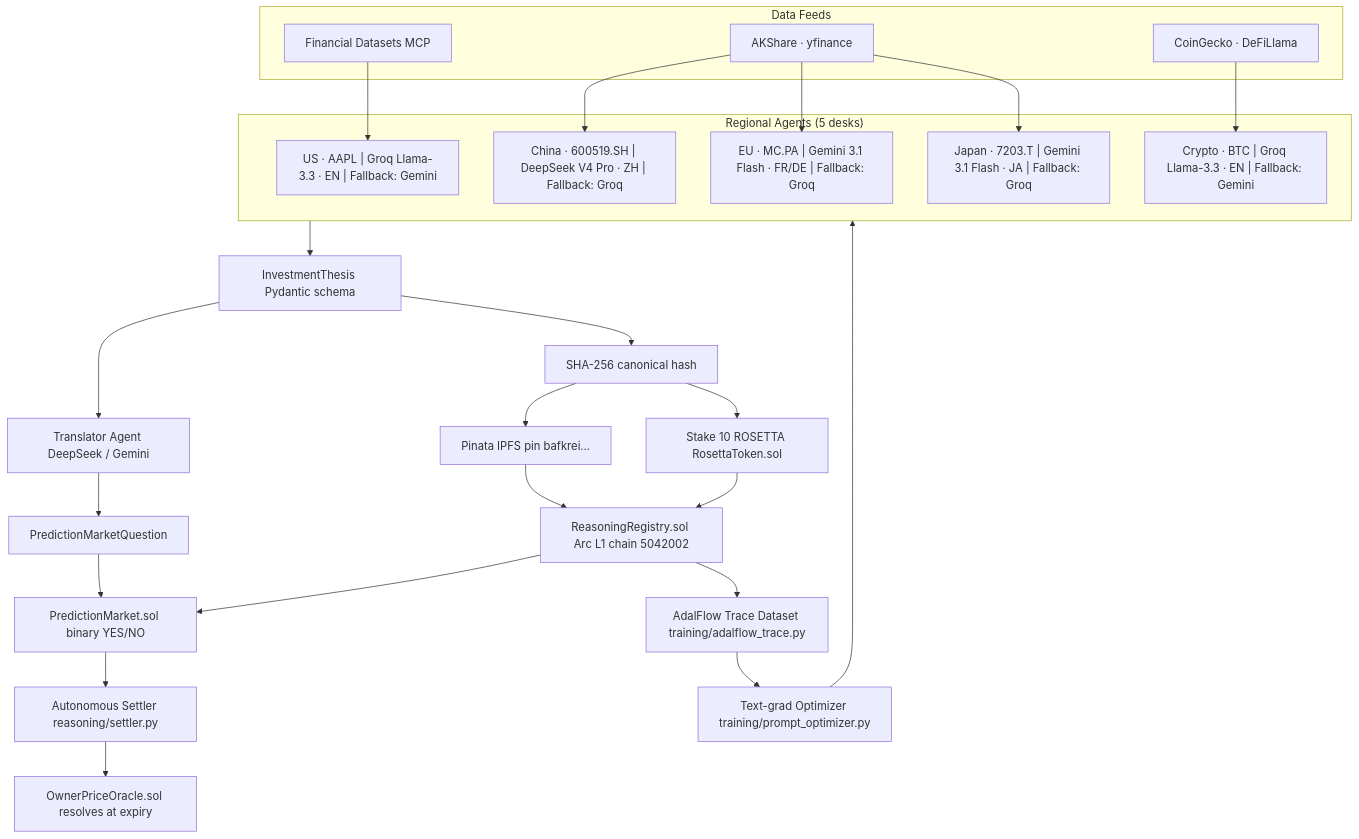
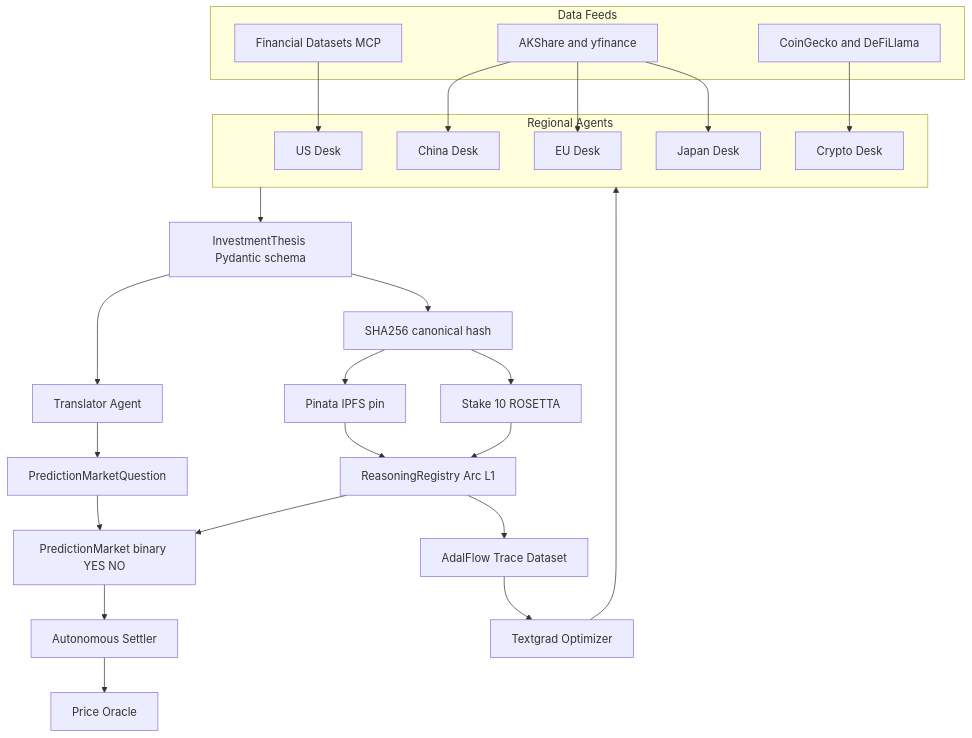
One commit to Mihai-Codes/rosetta-alpha changed the first of 2 diagrams in README.md. Above: the diagram before and after it, drawn with Mermaid. The commit also changed other lines of this file, not shown here.

Commit message:
fix: apply maximum compatibility patch to mermaid diagrams
- Remove dots, slashes, and pipe characters from node labels
- Remove nested parentheses
- Ensure clean code block spacing

````diff
--- a/README.md
+++ b/README.md
@@ -80,41 +80,41 @@
 ```mermaid
 flowchart TD
-    subgraph Agents["Regional Agents (5 desks)"]
-        US["US · AAPL | Groq Llama-3.3 · EN | Fallback: Gemini"]
-        CN["China · 600519.SH | DeepSeek V4 Pro · ZH | Fallback: Groq"]
-        EU["EU · MC.PA | Gemini 3.1 Flash · FR/DE | Fallback: Groq"]
-        JP["Japan · 7203.T | Gemini 3.1 Flash · JA | Fallback: Groq"]
-        CR["Crypto · BTC | Groq Llama-3.3 · EN | Fallback: Gemini"]
+    subgraph Agents["Regional Agents"]
+        US["US Desk"]
+        CN["China Desk"]
+        EU["EU Desk"]
+        JP["Japan Desk"]
+        CR["Crypto Desk"]
     end
 
     subgraph Data["Data Feeds"]
         D1["Financial Datasets MCP"]
-        D2["AKShare · yfinance"]
-        D3["CoinGecko · DeFiLlama"]
+        D2["AKShare and yfinance"]
+        D3["CoinGecko and DeFiLlama"]
     end
 
     D1 --> US
     D2 --> CN
     D2 --> EU
     D2 --> JP
     D3 --> CR
 
     Agents --> Thesis["InvestmentThesis Pydantic schema"]
-    Thesis --> Trans["Translator Agent DeepSeek / Gemini"]
+    Thesis --> Trans["Translator Agent"]
     Trans --> PMQ["PredictionMarketQuestion"]
 
-    Thesis --> Hash["SHA-256 canonical hash"]
-    Hash --> IPFS["Pinata IPFS pin bafkrei..."]
-    Hash --> Stake["Stake 10 ROSETTA RosettaToken.sol"]
-    IPFS --> Registry["ReasoningRegistry.sol Arc L1 chain 5042002"]
+    Thesis --> Hash["SHA256 canonical hash"]
+    Hash --> IPFS["Pinata IPFS pin"]
+    Hash --> Stake["Stake 10 ROSETTA"]
+    IPFS --> Registry["ReasoningRegistry Arc L1"]
     Stake --> Registry
-    PMQ --> Market["PredictionMarket.sol binary YES/NO"]
+    PMQ --> Market["PredictionMarket binary YES NO"]
     Registry --> Market
 
-    Market --> Settler["Autonomous Settler reasoning/settler.py"]
-    Settler --> Oracle["OwnerPriceOracle.sol resolves at expiry"]
+    Market --> Settler["Autonomous Settler"]
+    Settler --> Oracle["Price Oracle"]
 
-    Registry --> Training["AdalFlow Trace Dataset training/adalflow_trace.py"]
-    Training --> Optimizer["Text-grad Optimizer training/prompt_optimizer.py"]
+    Registry --> Training["AdalFlow Trace Dataset"]
+    Training --> Optimizer["Textgrad Optimizer"]
     Optimizer --> Agents
 ```
````
